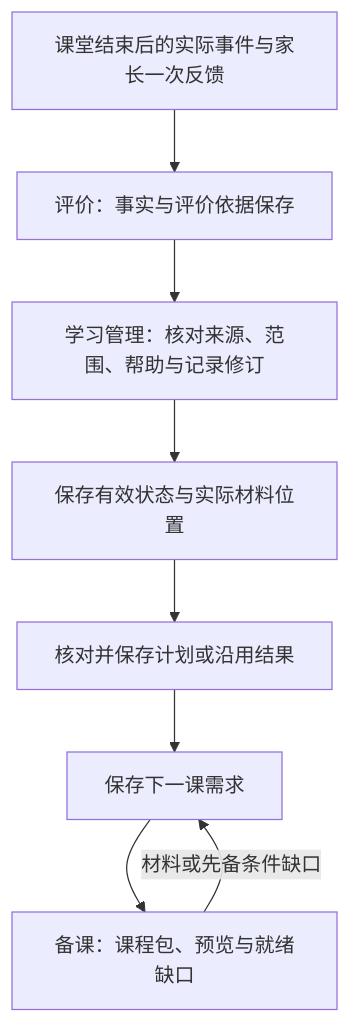
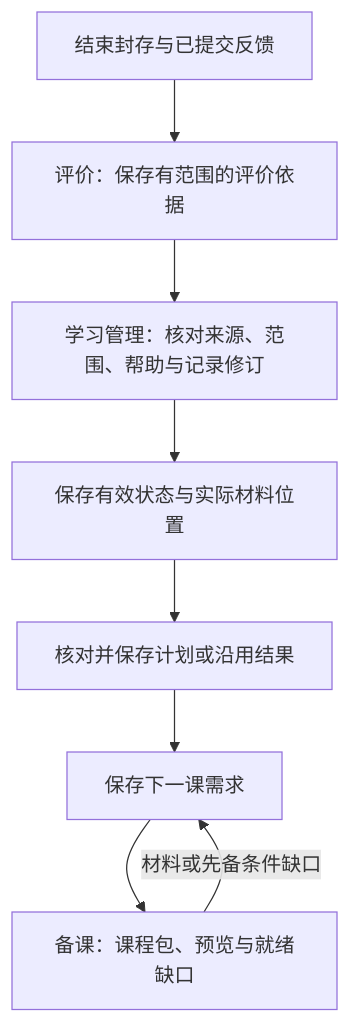
Before and after one commit to AltairEven/ProjectJ: the diagram in design/learning/updates.md, drawn with Mermaid. The commit also changed other lines of this file and 69 other files, not shown here.

````diff
--- a/design/learning/updates.md
+++ b/design/learning/updates.md
@@ -9,10 +9,10 @@
 ```mermaid
 flowchart TD
-    A[课堂结束后的实际事件与家长一次反馈] --> B[评价：事实与评价依据保存]
+A[结束封存与已提交反馈] --> B[评价：保存有范围的评价依据]
     B --> C[学习管理：核对来源、范围、帮助与记录修订]
     C --> D[保存有效状态与实际材料位置]
     D --> E[核对并保存计划或沿用结果]
     E --> F[保存下一课需求]
     F --> G[备课：课程包、预览与就绪缺口]
     G -->|材料或先备条件缺口| F
 ```
````
